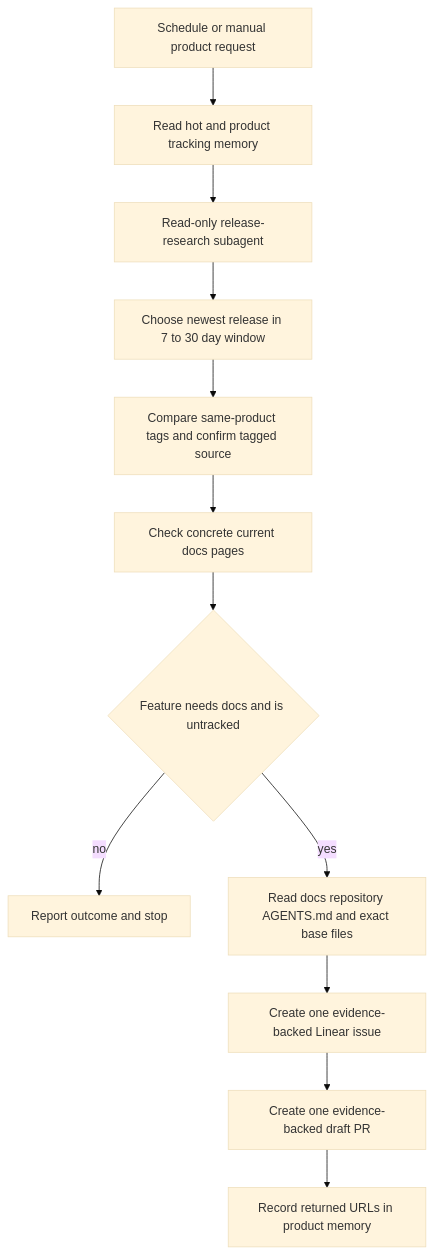
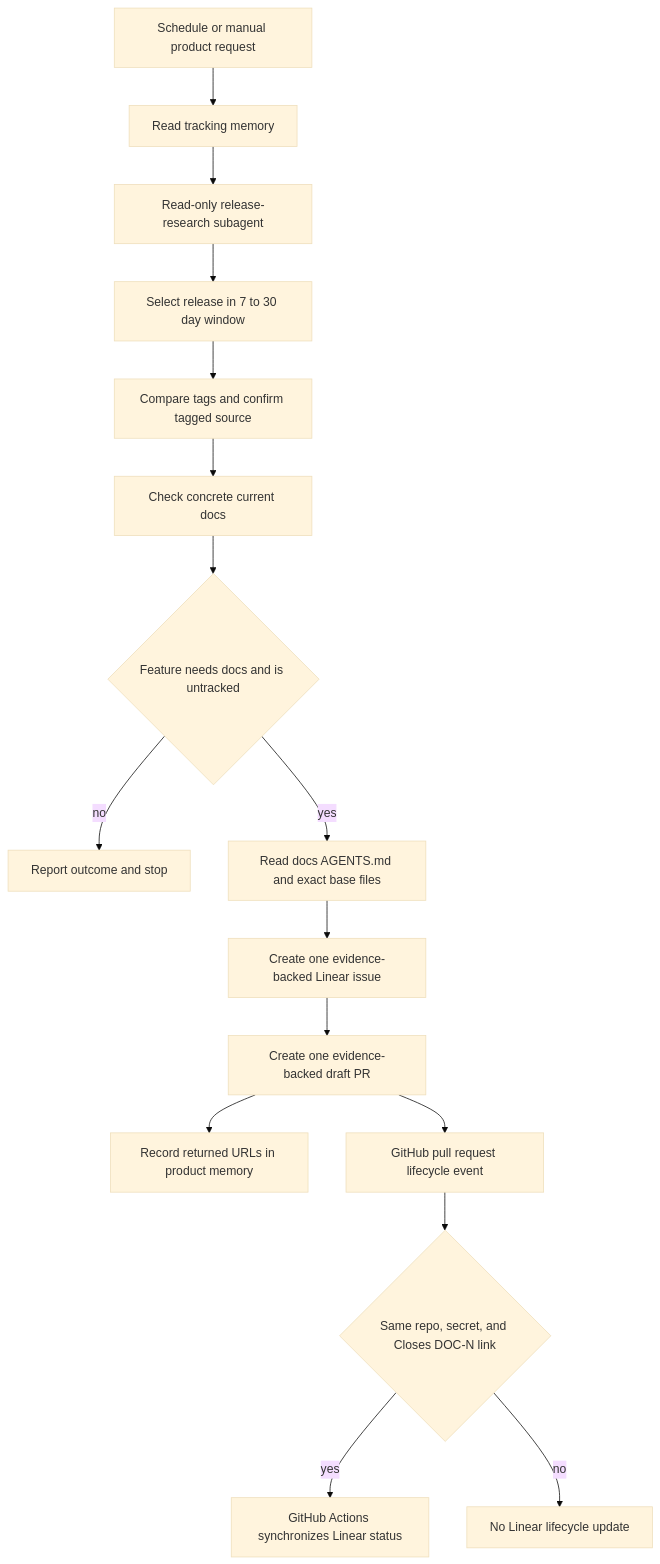
The diagram in openwiki/workflows/release-watch.md (rishi-raj-jain/docs-1), drawn with Mermaid (base theme) before and after one commit. The commit also changed other lines of this file and 21 other files, not shown here.

````diff
--- a/openwiki/workflows/release-watch.md
+++ b/openwiki/workflows/release-watch.md
@@ -86,14 +90,18 @@
 ```mermaid
 flowchart TD
-  Start["Schedule or manual product request"] --> Memory["Read hot and product tracking memory"]
+  Start["Schedule or manual product request"] --> Memory["Read tracking memory"]
   Memory --> Research["Read-only release-research subagent"]
-  Research --> Select["Choose newest release in 7 to 30 day window"]
-  Select --> Diff["Compare same-product tags and confirm tagged source"]
-  Diff --> Coverage["Check concrete current docs pages"]
+  Research --> Select["Select release in 7 to 30 day window"]
+  Select --> Diff["Compare tags and confirm tagged source"]
+  Diff --> Coverage["Check concrete current docs"]
   Coverage --> Gate{"Feature needs docs and is untracked"}
   Gate -->|"no"| Idle["Report outcome and stop"]
-  Gate -->|"yes"| Style["Read docs repository AGENTS.md and exact base files"]
-  Style --> Issue["Create one evidence-backed Linear issue"]
-  Issue --> PR["Create one evidence-backed draft PR"]
-  PR --> Record["Record returned URLs in product memory"]
+  Gate -->|"yes"| Base["Read docs AGENTS.md and exact base files"]
+  Base --> Issue["Create one evidence-backed Linear issue"]
+  Issue --> Draft["Create one evidence-backed draft PR"]
+  Draft --> Record["Record returned URLs in product memory"]
+  Draft --> Event["GitHub pull request lifecycle event"]
+  Event --> SyncGate{"Same repo, secret, and Closes DOC-N link"}
+  SyncGate -->|"yes"| Linear["GitHub Actions synchronizes Linear status"]
+  SyncGate -->|"no"| Skip["No Linear lifecycle update"]
 ```
````
